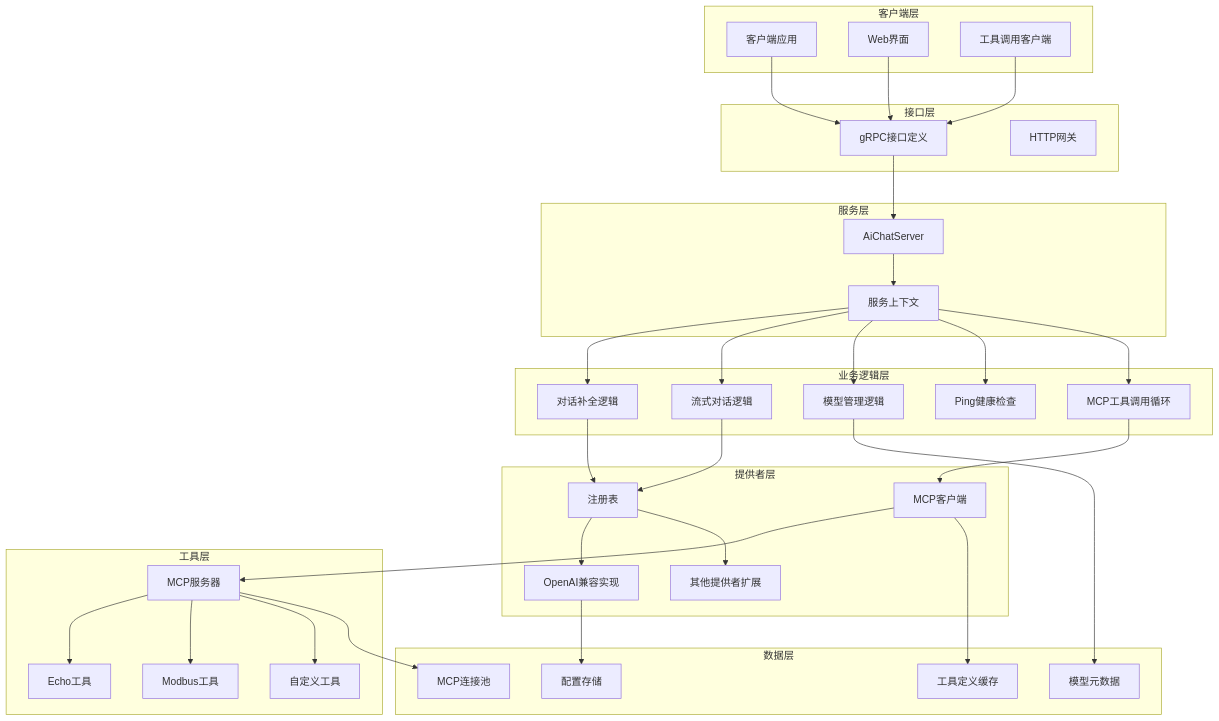
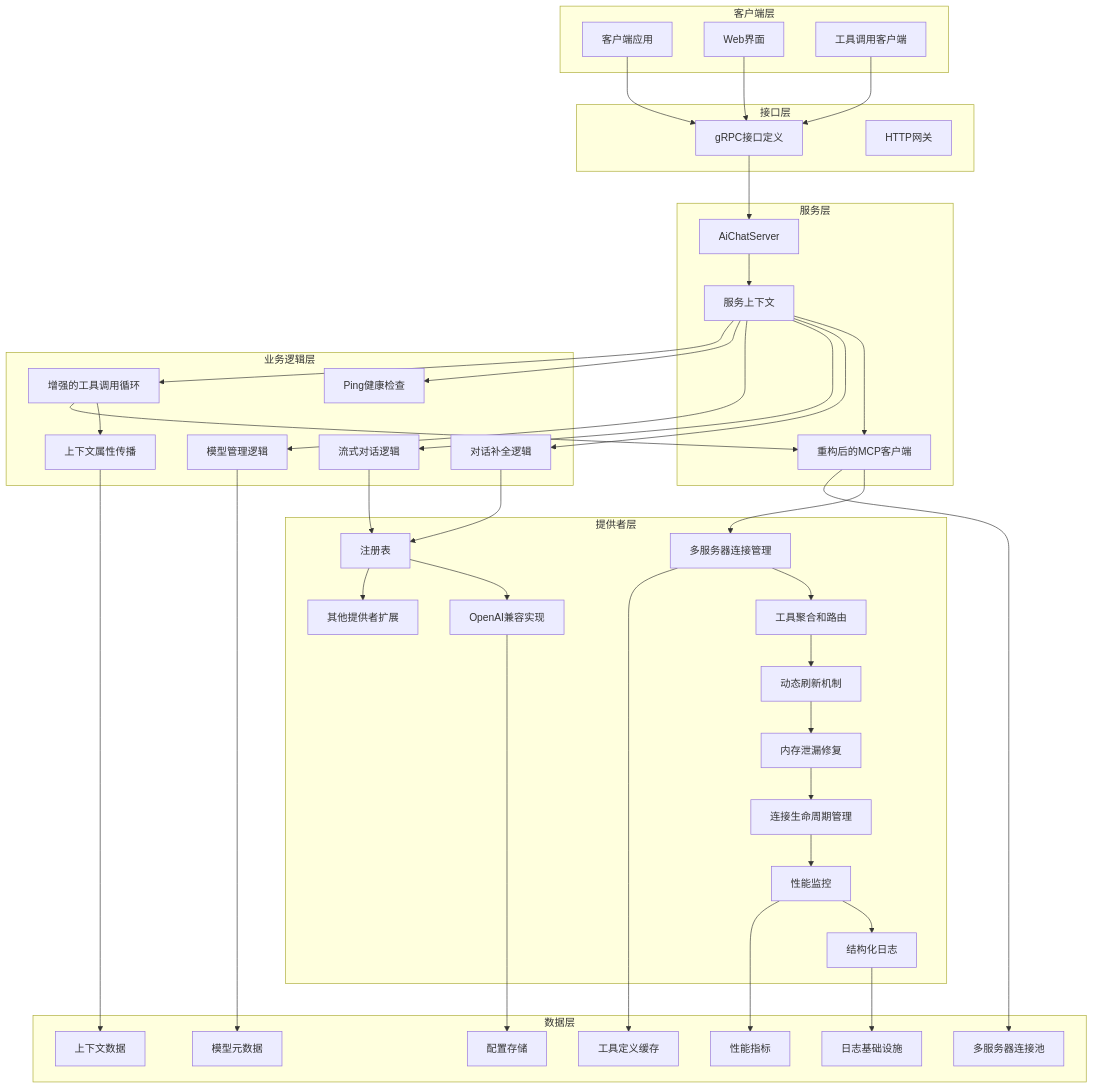
Before and after one commit to maomao94/zero-service: the second of 11 diagrams in .qoder/repowiki/zh/content/核心服务详解/AI聊天服务.md, drawn with Mermaid. The commit also changed other lines of this file and 11 other files, not shown here.

````diff
--- a/.qoder/repowiki/zh/content/核心服务详解/AI聊天服务.md
+++ b/.qoder/repowiki/zh/content/核心服务详解/AI聊天服务.md
@@ -181,64 +216,77 @@
 ```mermaid
 graph TB
 subgraph "客户端层"
 A[客户端应用]
 B[Web界面]
 C[工具调用客户端]
 end
 subgraph "接口层"
 D[gRPC接口定义]
 E[HTTP网关]
 end
 subgraph "服务层"
 F[AiChatServer]
 G[服务上下文]
+H[重构后的MCP客户端]
 end
 subgraph "业务逻辑层"
-H[对话补全逻辑]
-I[流式对话逻辑]
-J[模型管理逻辑]
-K[Ping健康检查]
-L[MCP工具调用循环]
+I[对话补全逻辑]
+J[流式对话逻辑]
+K[模型管理逻辑]
+L[Ping健康检查]
+M[增强的工具调用循环]
+N[上下文属性传播]
 end
 subgraph "提供者层"
-M[注册表]
-N[OpenAI兼容实现]
-O[其他提供者扩展]
-P[MCP客户端]
-end
-subgraph "工具层"
-Q[MCP服务器]
-R[Echo工具]
-S[Modbus工具]
-T[自定义工具]
+O[注册表]
+P[OpenAI兼容实现]
+Q[其他提供者扩展]
+R[多服务器连接管理]
+S[工具聚合和路由]
+T[动态刷新机制]
+U[内存泄漏修复]
+V[连接生命周期管理]
+W[性能监控]
+X[结构化日志]
 end
 subgraph "数据层"
-U[配置存储]
-V[模型元数据]
-W[工具定义缓存]
-X[MCP连接池]
+Y[配置存储]
+Z[模型元数据]
+AA[工具定义缓存]
+BB[多服务器连接池]
+CC[上下文数据]
+DD[日志基础设施]
+EE[性能指标]
 end
 A --> D
 B --> D
 C --> D
 D --> F
 F --> G
 G --> H
 G --> I
 G --> J
 G --> K
 G --> L
-H --> M
-I --> M
-L --> P
+G --> M
 M --> N
-M --> O
-P --> Q
-Q --> R
-Q --> S
-Q --> T
-P --> W
-Q --> X
-N --> U
-J --> V
+I --> O
+J --> O
+M --> H
+O --> P
+O --> Q
+H --> R
+R --> S
+S --> T
+T --> U
+U --> V
+V --> W
+W --> X
+H --> BB
+R --> AA
+P --> Y
+K --> Z
+N --> CC
+X --> DD
+W --> EE
 ```
````
